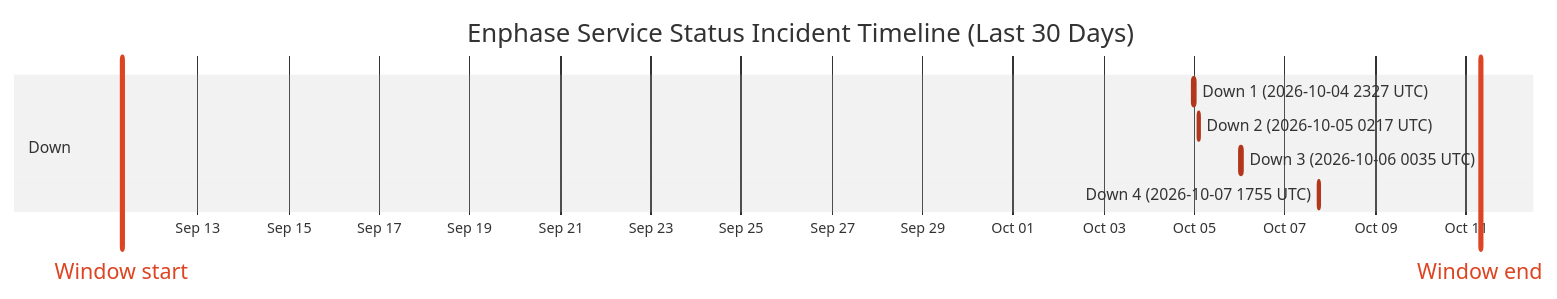
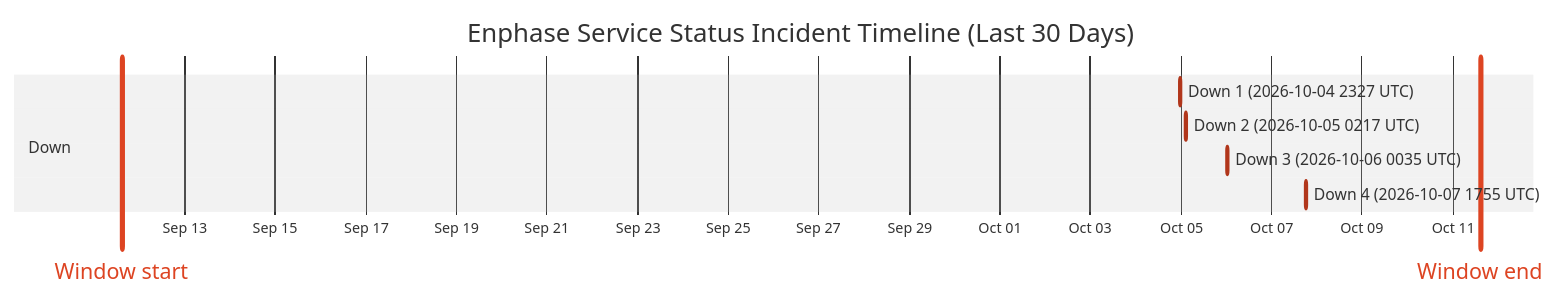
The diagram in wiki/Service-Status-History.md (barneyonline/ha-enphase-energy), drawn with Mermaid (neutral theme) before and after one commit. The commit also changed other lines of this file and 3 other files, not shown here.

````diff
--- a/wiki/Service-Status-History.md
+++ b/wiki/Service-Status-History.md
@@ -14,13 +14,13 @@
 ```mermaid
 gantt
     title Enphase Service Status Incident Timeline (Last 30 Days)
     dateFormat  YYYY-MM-DDTHH:mm:ss
     axisFormat  %b %d
-    Window start :vert, window-start, 2026-09-11T07:35:58, 0ms
-    Window end :vert, window-end, 2026-10-11T07:35:58, 0ms
+    Window start :vert, window-start, 2026-09-11T14:38:58, 0ms
+    Window end :vert, window-end, 2026-10-11T14:38:58, 0ms
     section Down
     Down 1 (2026-10-04 2327 UTC) :crit, down-1, 2026-10-04T23:27:34, 60m
     Down 2 (2026-10-05 0217 UTC) :crit, down-2, 2026-10-05T02:17:30, 60m
     Down 3 (2026-10-06 0035 UTC) :crit, down-3, 2026-10-06T00:35:21, 60m
     Down 4 (2026-10-07 1755 UTC) :crit, down-4, 2026-10-07T17:55:16, 60m
 ```
````
